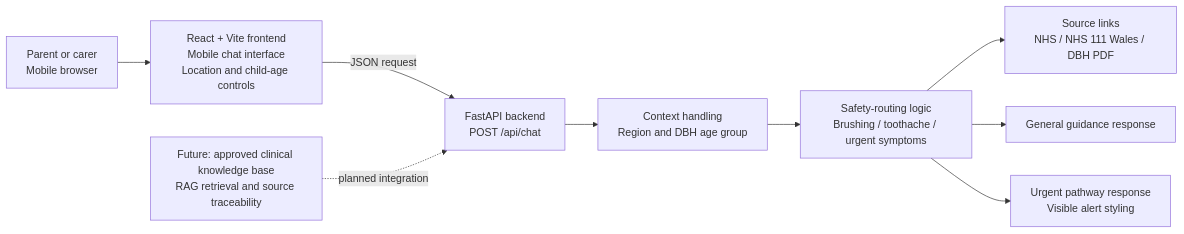
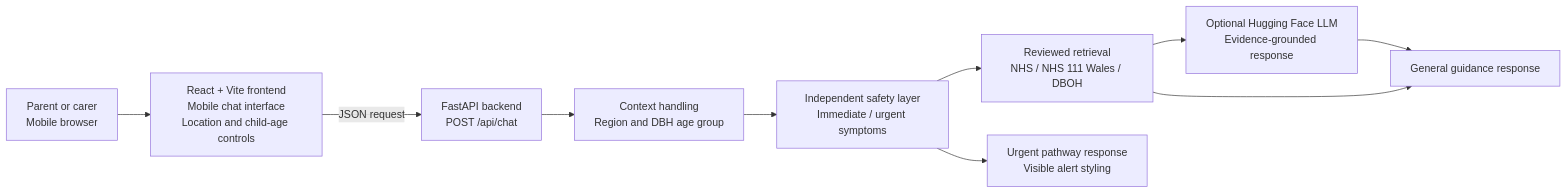
Before and after one commit to ccyyyyyyymust-lgtm/oral-health-chatbot: the diagram in README.md, drawn with Mermaid. The commit also changed other lines of this file and 18 other files, not shown here.

````diff
--- a/README.md
+++ b/README.md
@@ -30,21 +30,22 @@
 ```mermaid
 flowchart LR
     P["Parent or carer<br/>Mobile browser"]
     F["React + Vite frontend<br/>Mobile chat interface<br/>Location and child-age controls"]
     A["FastAPI backend<br/>POST /api/chat"]
     C["Context handling<br/>Region and DBH age group"]
-    R["Safety-routing logic<br/>Brushing / toothache / urgent symptoms"]
-    S["Source links<br/>NHS / NHS 111 Wales / DBH PDF"]
+    R["Independent safety layer<br/>Immediate / urgent symptoms"]
+    S["Reviewed retrieval<br/>NHS / NHS 111 Wales / DBOH"]
+    L["Optional Hugging Face LLM<br/>Evidence-grounded response"]
     G["General guidance response"]
     U["Urgent pathway response<br/>Visible alert styling"]
-    K["Future: approved clinical knowledge base<br/>RAG retrieval and source traceability"]
 
     P --> F
     F -->|"JSON request"| A
     A --> C
     C --> R
     R --> S
-    R --> G
+    S --> L
+    L --> G
+    S --> G
     R --> U
-    K -. planned integration .-> A
 ```
````
